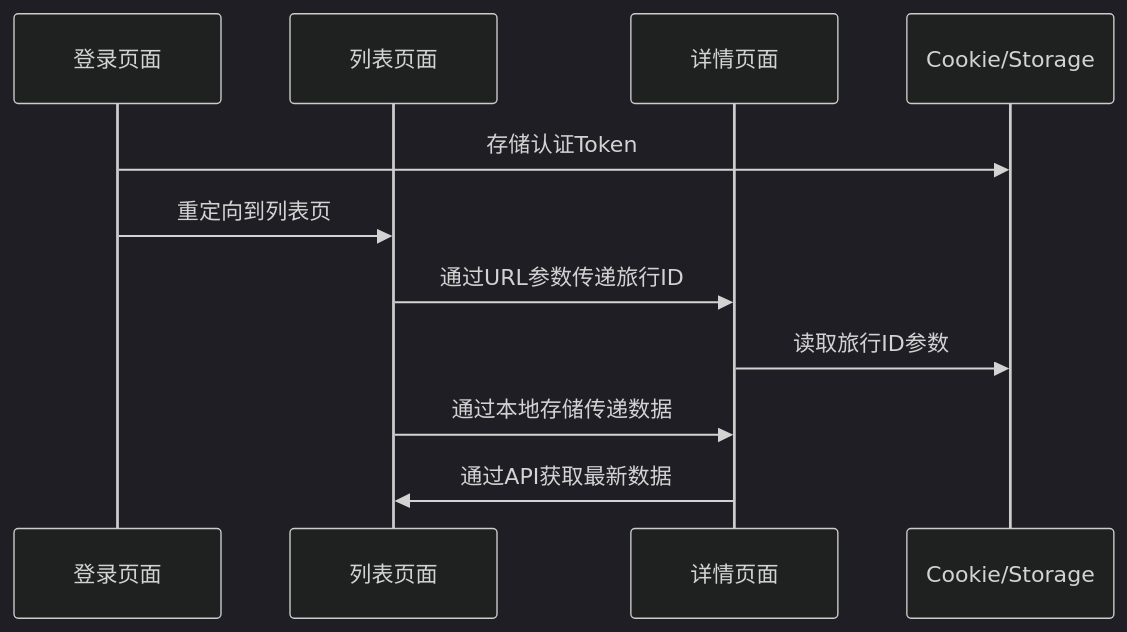
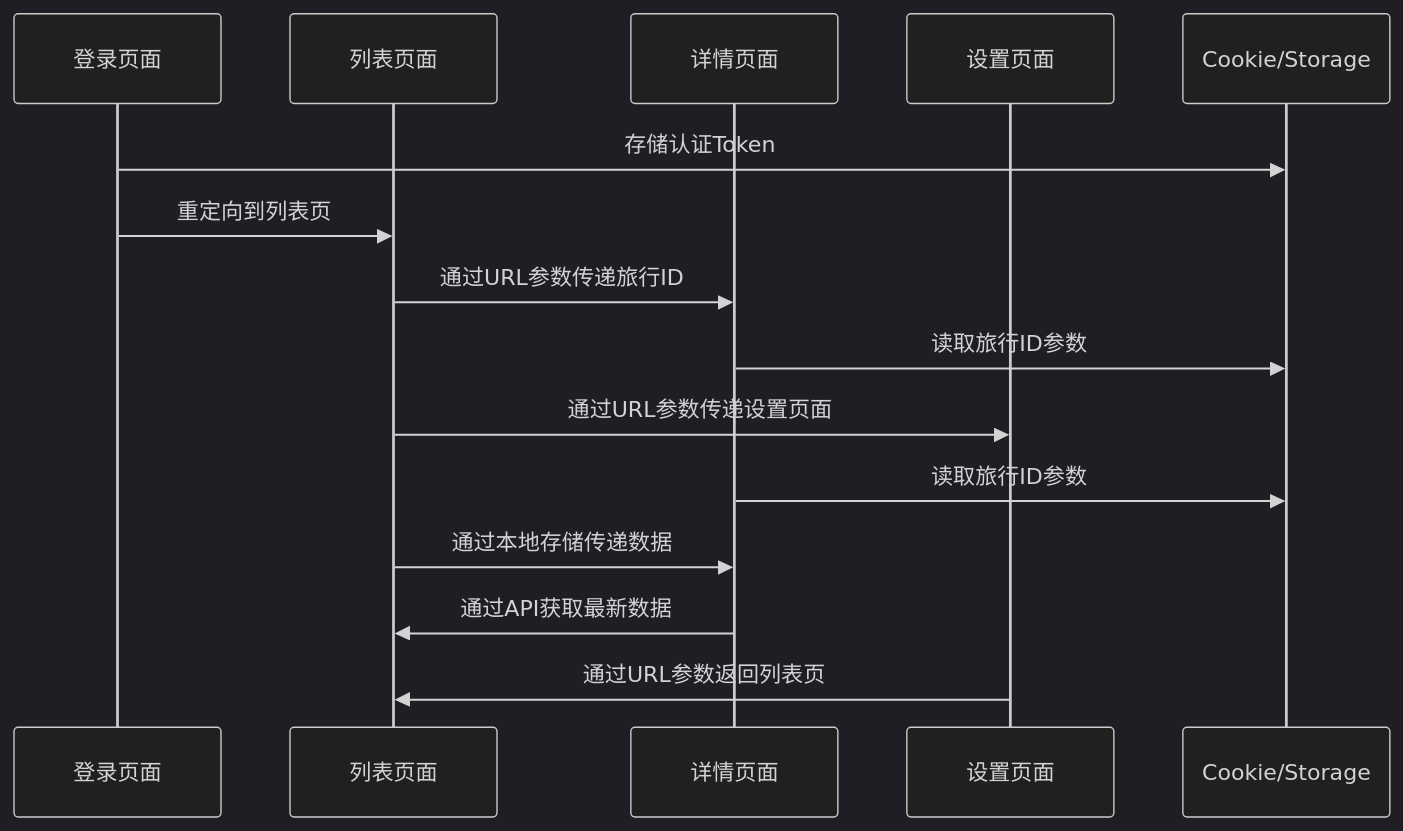
Before and after one commit to louyinmin/recorded: diagram 15 of 17 in .qoder/repowiki/zh/content/前端页面详解/前端页面详解.md, drawn with Mermaid (dark theme). The commit also changed other lines of this file and 6 other files, not shown here.

````diff
--- a/.qoder/repowiki/zh/content/前端页面详解/前端页面详解.md
+++ b/.qoder/repowiki/zh/content/前端页面详解/前端页面详解.md
@@ -484,13 +615,17 @@
 ```mermaid
 sequenceDiagram
 participant L as 登录页面
 participant T as 列表页面
 participant D as 详情页面
+participant S as 设置页面
 participant C as Cookie/Storage
 L->>C : 存储认证Token
 L->>T : 重定向到列表页
 T->>D : 通过URL参数传递旅行ID
 D->>C : 读取旅行ID参数
+T->>S : 通过URL参数传递设置页面
+D->>C : 读取旅行ID参数
 T->>D : 通过本地存储传递数据
 D->>T : 通过API获取最新数据
+S->>T : 通过URL参数返回列表页
 ```
````
